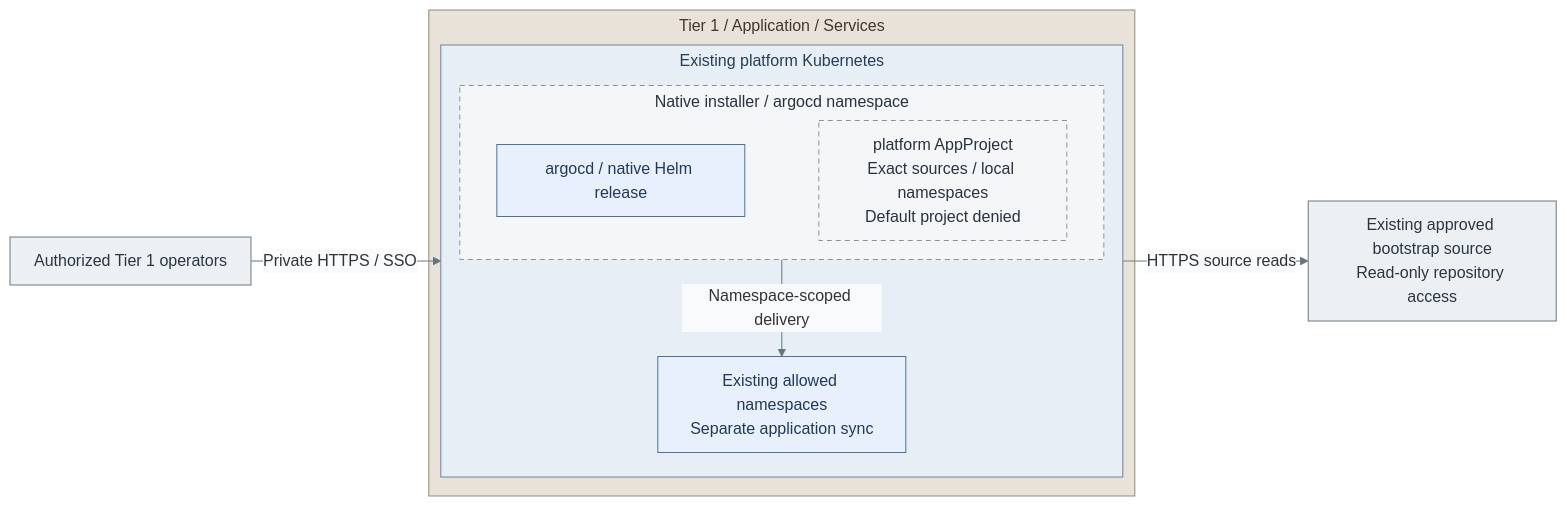
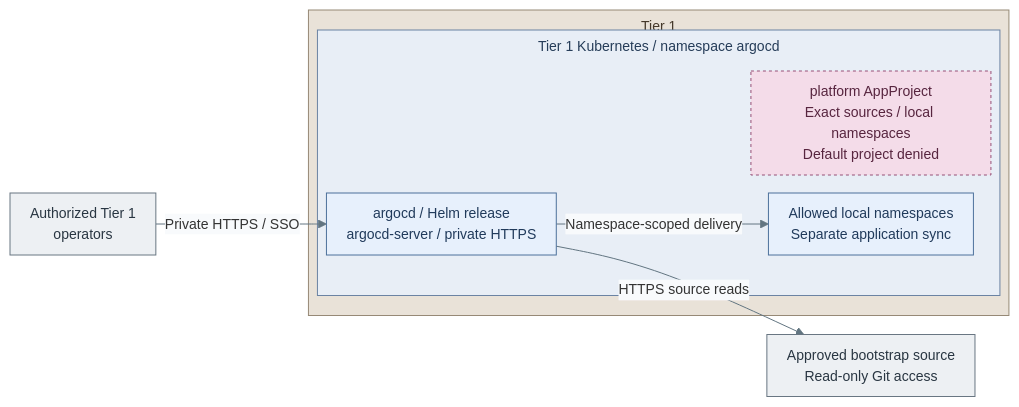
The diagram in docs/03-deployment/stage-7-delivery/step-2a-argocd.md (Rexus/homelab), drawn with Mermaid before and after one commit. The commit also changed other lines of this file and 124 other files, not shown here.

First line of the commit message:
fix(platform): align service diagrams and directory failover

````diff
--- a/docs/03-deployment/stage-7-delivery/step-2a-argocd.md
+++ b/docs/03-deployment/stage-7-delivery/step-2a-argocd.md
@@ -16,32 +16,28 @@
 ```mermaid
-%%{init: {"theme":"base","flowchart":{"nodeSpacing":18,"rankSpacing":24,"padding":12,"subGraphTitleMargin":{"top":4,"bottom":12}},"themeVariables":{"lineColor":"#627581","edgeLabelBackground":"#f8fafc"}}}%%
+%%{init: {"theme":"base","flowchart":{"nodeSpacing":18,"rankSpacing":18,"padding":10,"subGraphTitleMargin":{"top":6,"bottom":16}},"themeVariables":{"lineColor":"#627581","edgeLabelBackground":"#f8fafc","fontFamily":"Arial, sans-serif","fontSize":"14px"},"fontFamily":"Arial, sans-serif"}}%%
 flowchart LR
-  Admin["Authorized Tier 1 operators"]
-  subgraph T1["Tier 1 / Application / Services"]
-    subgraph Cluster["Existing platform Kubernetes"]
-      direction TB
-      subgraph Added["Native installer / argocd namespace"]
-        Controller["argocd / native Helm release"]
-        Policy["platform AppProject<br/>Exact sources / local namespaces<br/>Default project denied"]
-        Controller ~~~ Policy
-      end
-      Targets["Existing allowed namespaces<br/>Separate application sync"]
-      Added -->|Namespace-scoped delivery| Targets
+  Admin["Authorized Tier 1<br/>operators"]
+  subgraph T1["Tier 1"]
+    subgraph Cluster["Tier 1 Kubernetes / namespace argocd"]
+      Controller["argocd / Helm release<br/>argocd-server / private HTTPS"]
+      Policy["platform AppProject<br/>Exact sources / local namespaces<br/>Default project denied"]
+      Targets["Allowed local namespaces<br/>Separate application sync"]
+      Controller ~~~ Policy
+      Controller -->|Namespace-scoped delivery| Targets
     end
   end
-  Source["Existing approved bootstrap source<br/>Read-only repository access"]
-  Admin -->|Private HTTPS / SSO| Added
-  Added -->|HTTPS source reads| Source
+  Source["Approved bootstrap source<br/>Read-only Git access"]
+  Admin -->|Private HTTPS / SSO| Controller
+  Controller -->|HTTPS source reads| Source
   classDef default fill:#f8fafc,stroke:#64748b,color:#1f2937
+  classDef services fill:#e7f0fc,stroke:#4d719b,color:#203a5b
+  classDef kubernetes fill:#e8eef6,stroke:#6b83a3,color:#263d59
+  classDef tier1 fill:#e9e2d8,stroke:#968976,color:#44382a
   classDef actor fill:#edf0f3,stroke:#697682,color:#293642
-  classDef services fill:#e7f0fc,stroke:#4d719b,color:#203a5b
-  classDef runtime fill:#d9eeec,stroke:#4d7b77,color:#173f3e
-  classDef replicas fill:#f5f6f7,stroke:#89939e,color:#273340,stroke-dasharray:5 4
   class Admin,Source actor
   class Controller,Targets services
-  class Added,Policy replicas
-  classDef kubernetes fill:#e8eef6,stroke:#6b83a3,color:#263d59
   class Cluster kubernetes
-  classDef tier1 fill:#e9e2d8,stroke:#968976,color:#44382a
   class T1 tier1
+  classDef policy fill:#f4dce9,stroke:#955076,color:#57253f,stroke-dasharray:3 3
+  class Policy policy
 ```
````
